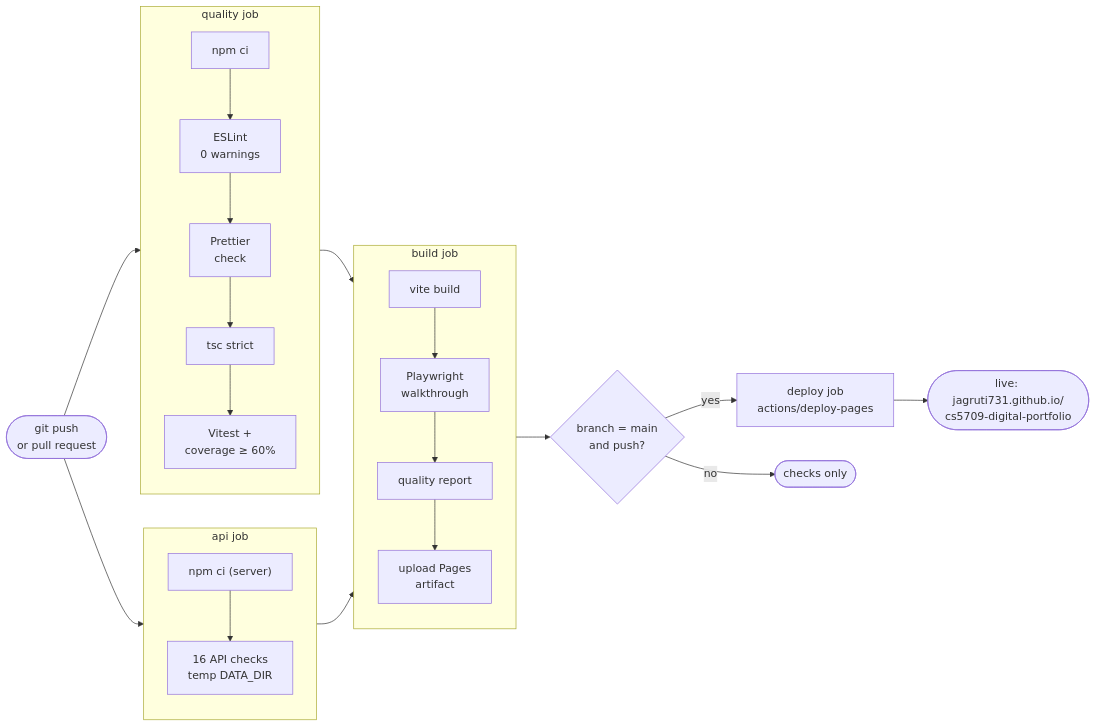
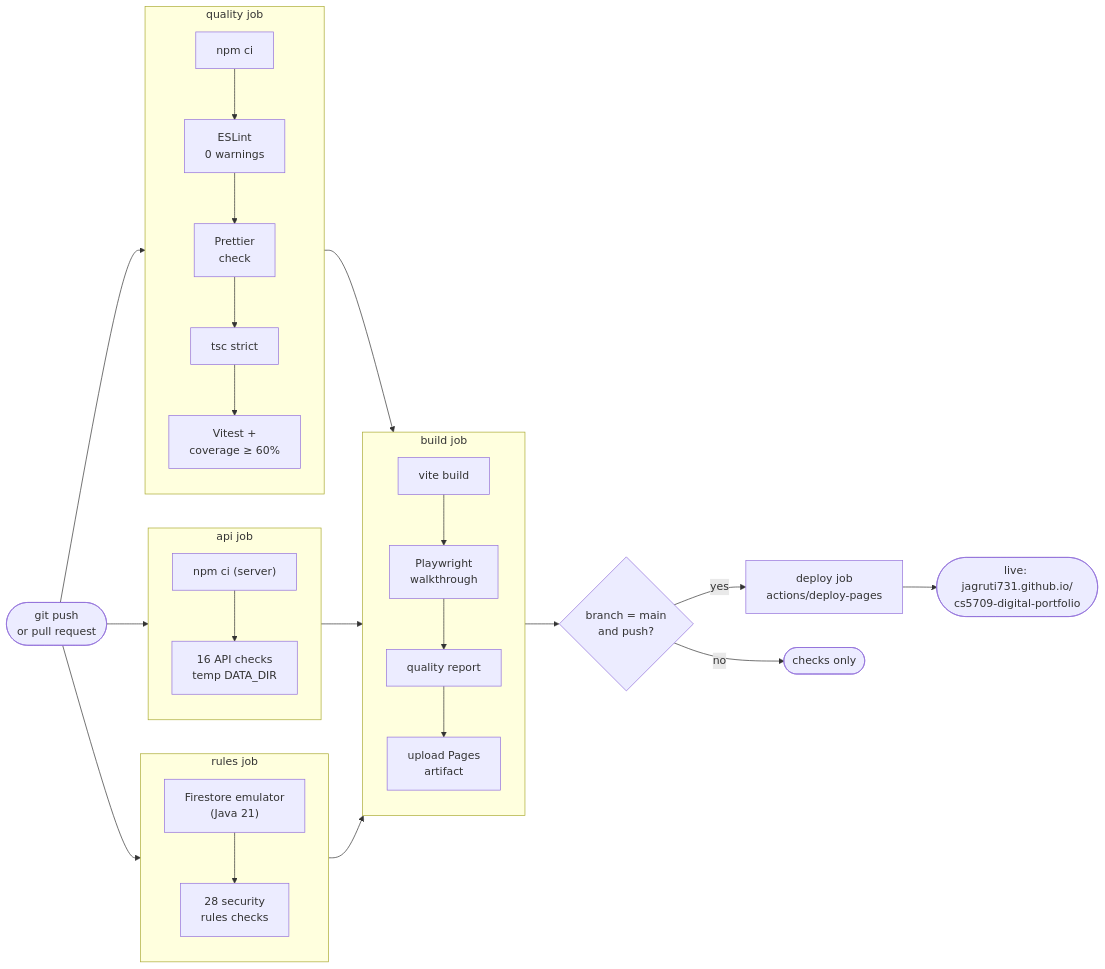
The diagram in docs/diagrams/pipeline.mmd (Jagruti731/cs5709-digital-portfolio), drawn with Mermaid before and after one commit. The commit also changed 30 other files, not shown here.

```diff
--- a/docs/diagrams/pipeline.mmd
+++ b/docs/diagrams/pipeline.mmd
@@ -1,17 +1,22 @@
 flowchart LR
   push(["git push<br/>or pull request"]) --> Q
   push --> A
+  push --> R
   subgraph Q["quality job"]
     q1["npm ci"] --> q2["ESLint<br/>0 warnings"] --> q3["Prettier<br/>check"] --> q4["tsc strict"] --> q5["Vitest +<br/>coverage ≥ 60%"]
   end
   subgraph A["api job"]
     a1["npm ci (server)"] --> a2["16 API checks<br/>temp DATA_DIR"]
   end
+  subgraph R["rules job"]
+    r1["Firestore emulator<br/>(Java 21)"] --> r2["28 security<br/>rules checks"]
+  end
   subgraph B["build job"]
     b1["vite build"] --> b2["Playwright<br/>walkthrough"] --> b3["quality report"] --> b4["upload Pages<br/>artifact"]
   end
   Q --> B
   A --> B
+  R --> B
   B --> D{"branch = main<br/>and push?"}
   D -- yes --> E["deploy job<br/>actions/deploy-pages"] --> L(["live: jagruti731.github.io/<br/>cs5709-digital-portfolio"])
   D -- no --> S(["checks only"])
```
